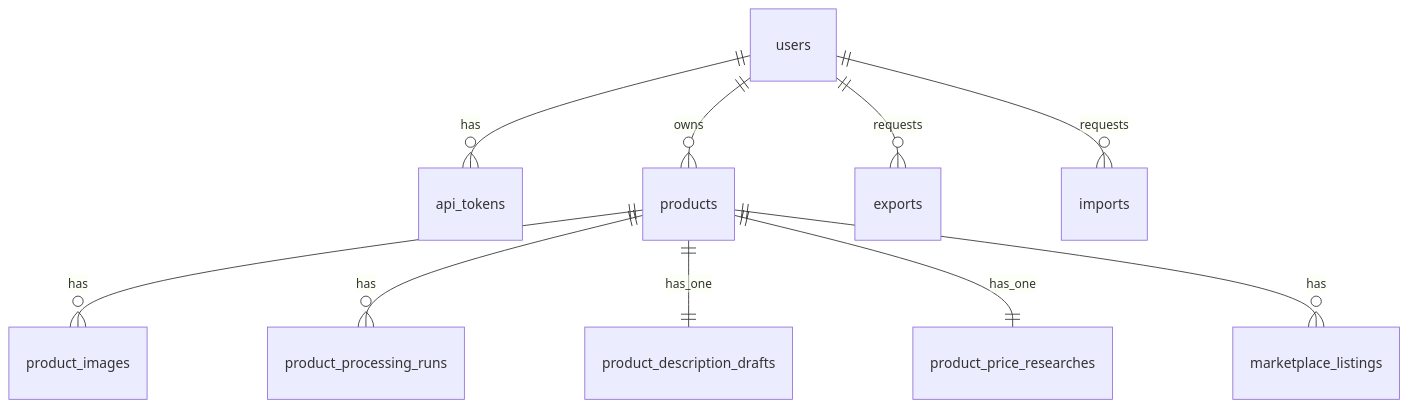
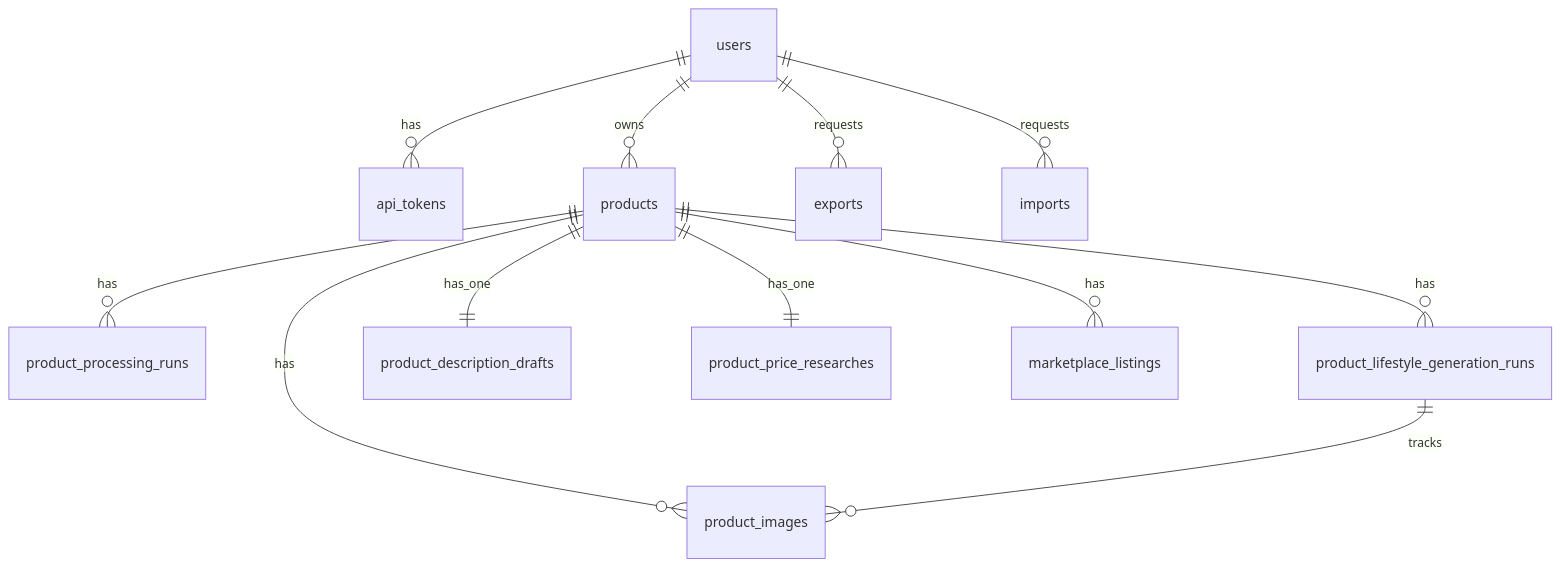
One commit to mpakus/resellerio changed the second of 3 diagrams in docs/ARCHITECTURE.md. Above: the diagram before and after it, drawn with Mermaid. The commit also changed other lines of this file and 67 other files, not shown here.

Commit message:
Feature: Product improvements, Real-life images, customizable Marketlist

````diff
--- a/docs/ARCHITECTURE.md
+++ b/docs/ARCHITECTURE.md
@@ -299,13 +314,15 @@
 ```mermaid
 erDiagram
     users ||--o{ api_tokens : has
     users ||--o{ products : owns
     users ||--o{ exports : requests
     users ||--o{ imports : requests
 
     products ||--o{ product_images : has
     products ||--o{ product_processing_runs : has
+    products ||--o{ product_lifestyle_generation_runs : has
     products ||--|| product_description_drafts : has_one
     products ||--|| product_price_researches : has_one
     products ||--o{ marketplace_listings : has
+    product_lifestyle_generation_runs ||--o{ product_images : tracks
 ```
````
